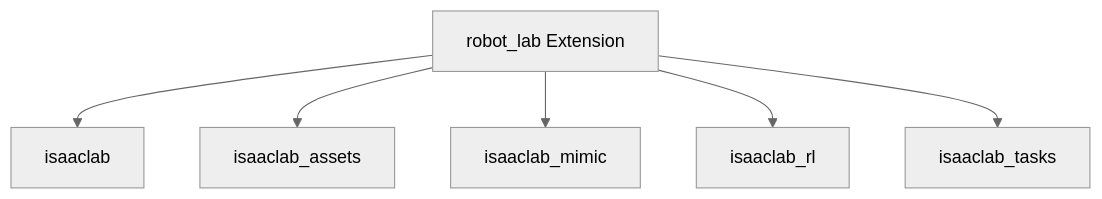
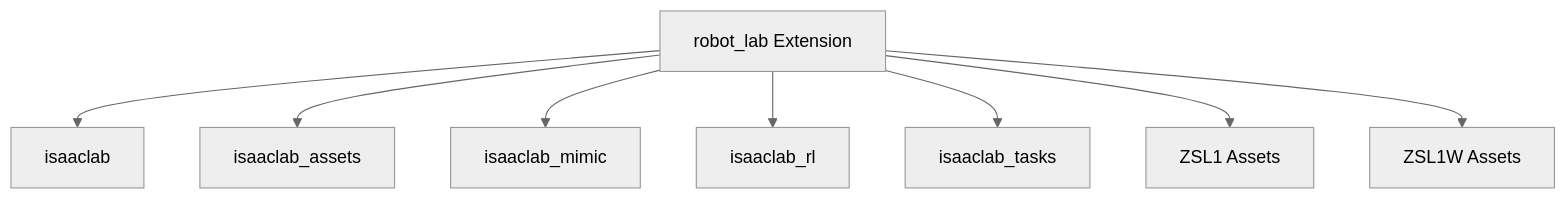
The sixth of 6 diagrams in .qoder/repowiki/en/content/Project Overview/Introduction and Purpose.md (jayjayhust/robot_lab), drawn with Mermaid (neutral theme) before and after one commit. The commit also changed other lines of this file and 8 other files, not shown here.

````diff
--- a/.qoder/repowiki/en/content/Project Overview/Introduction and Purpose.md
+++ b/.qoder/repowiki/en/content/Project Overview/Introduction and Purpose.md
@@ -275,8 +302,10 @@
 ```mermaid
 graph TB
 EXT["robot_lab Extension"] --> ISL["isaaclab"]
 EXT --> ISA["isaaclab_assets"]
 EXT --> IM["isaaclab_mimic"]
 EXT --> IR["isaaclab_rl"]
 EXT --> IT["isaaclab_tasks"]
+EXT --> ZSL1["ZSL1 Assets"]
+EXT --> ZSL1W["ZSL1W Assets"]
 ```
````
